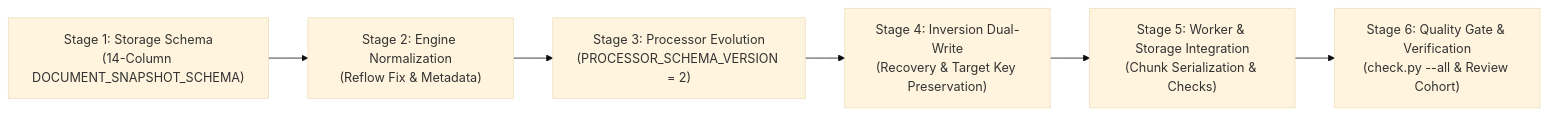
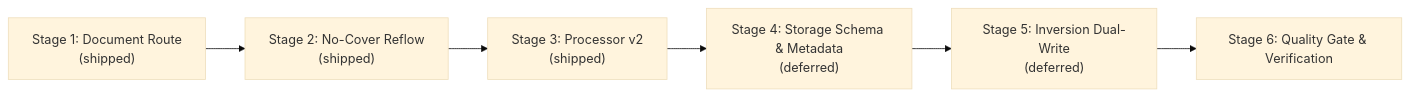
Before and after one commit to DerivedFunction01/edgar-sec: the diagram in roadmap/execution_1.md, drawn with Mermaid (base theme). The commit also changed other lines of this file and 25 other files, not shown here.

Commit message:
refactor: integrate document routing and SGML selection features across processor and fetcher pipelines

````diff
--- a/roadmap/execution_1.md
+++ b/roadmap/execution_1.md
@@ -349,8 +359,8 @@
 ```mermaid
 flowchart LR
-    S1["Stage 1: Storage Schema<br/>(14-Column DOCUMENT_SNAPSHOT_SCHEMA)"] --> S2["Stage 2: Engine Normalization<br/>(Reflow Fix & Metadata)"]
-    S2 --> S3["Stage 3: Processor Evolution<br/>(PROCESSOR_SCHEMA_VERSION = 2)"]
-    S3 --> S4["Stage 4: Inversion Dual-Write<br/>(Recovery & Target Key Preservation)"]
-    S4 --> S5["Stage 5: Worker & Storage Integration<br/>(Chunk Serialization & Checks)"]
-    S5 --> S6["Stage 6: Quality Gate & Verification<br/>(check.py --all & Review Cohort)"]
+    S1["Stage 1: Document Route<br/>(shipped)"] --> S2["Stage 2: No-Cover Reflow<br/>(shipped)"]
+    S2 --> S3["Stage 3: Processor v2<br/>(shipped)"]
+    S3 --> S4["Stage 4: Storage Schema & Metadata<br/>(deferred)"]
+    S4 --> S5["Stage 5: Inversion Dual-Write<br/>(deferred)"]
+    S5 --> S6["Stage 6: Quality Gate & Verification"]
 ```
````
